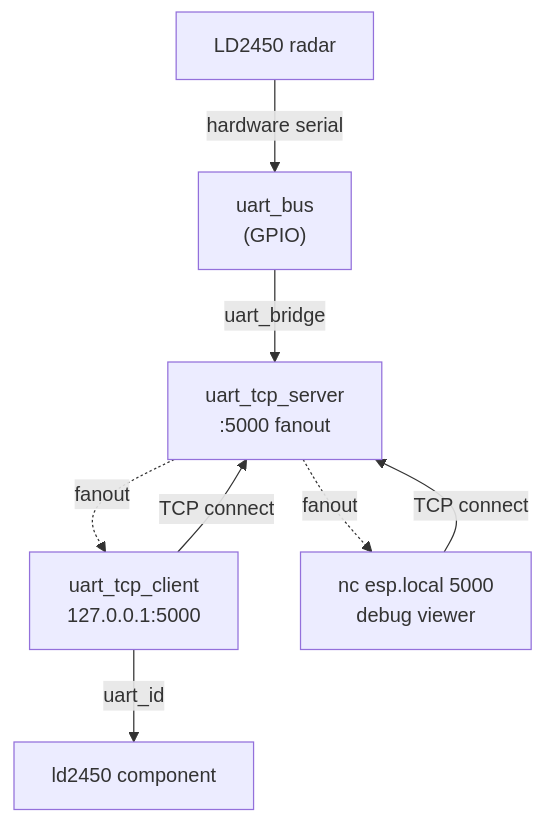
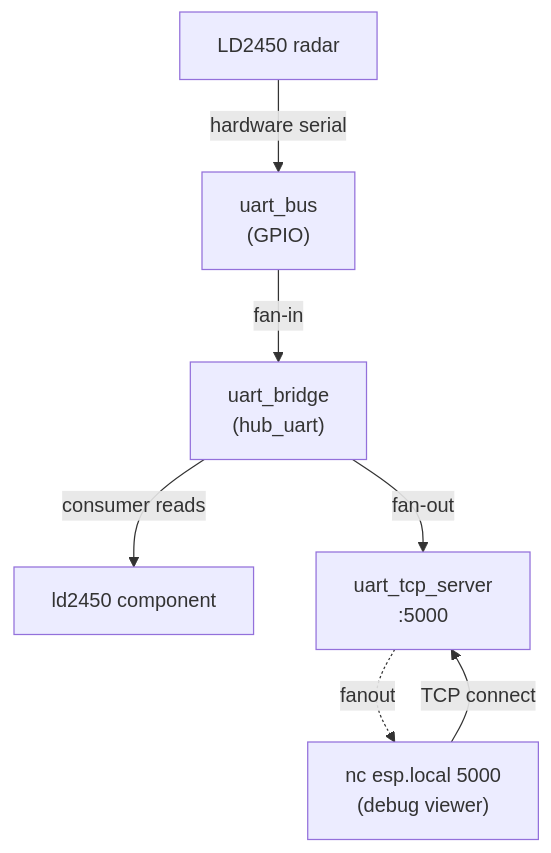
Before and after one commit to nebulous/esphome-uart-link: the seventh of 7 diagrams in README.md, drawn with Mermaid. The commit also changed other lines of this file and 6 other files, not shown here.

````diff
--- a/README.md
+++ b/README.md
@@ -329,10 +315,9 @@
 ```mermaid
 flowchart TD
     radar["LD2450 radar"] -->|"hardware serial"| uartbus["uart_bus\n(GPIO)"]
-    uartbus -->|"uart_bridge"| tap["uart_tcp_server\n:5000 fanout"]
-    consumer["uart_tcp_client\n127.0.0.1:5000"] -->|"TCP connect"| tap
-    tap -.->|"fanout"| consumer
-    nc["nc esp.local 5000\ndebug viewer"] -->|"TCP connect"| tap
+    uartbus -->|"fan-in"| bridge["uart_bridge\n(hub_uart)"]
+    bridge -->|"consumer reads"| ld2450["ld2450 component"]
+    bridge -->|"fan-out"| tap["uart_tcp_server\n:5000"]
+    nc["nc esp.local 5000\n(debug viewer)"] -->|"TCP connect"| tap
     tap -.->|"fanout"| nc
-    consumer -->|"uart_id"| ld2450["ld2450 component"]
 ```
````
